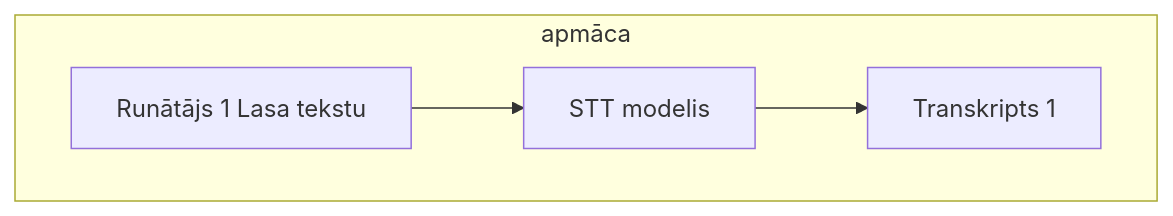
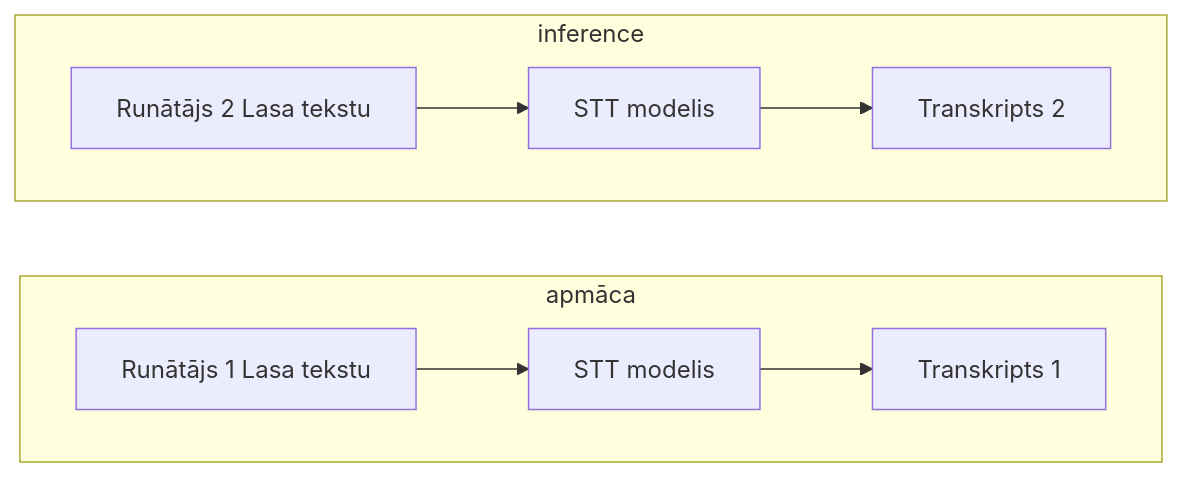
Before and after one commit to Betija13/Bakalaura_darbs_kods: the first of 2 diagrams in praktiskas_dalas_plans.md, drawn with Mermaid.

````diff
--- a/praktiskas_dalas_plans.md
+++ b/praktiskas_dalas_plans.md
@@ -1,7 +1,13 @@
 ```mermaid
 flowchart LR
     subgraph 0i1[apmāca]
     direction LR
     A[Runātājs 1 Lasa tekstu] --> B[STT modelis] --> C[Transkripts 1]
     end
+    
+    subgraph inference
+    direction LR
+    D[Runātājs 2 Lasa tekstu] --> E[STT modelis] --> F[Transkripts 2]
+    end
+    
 ```
````
